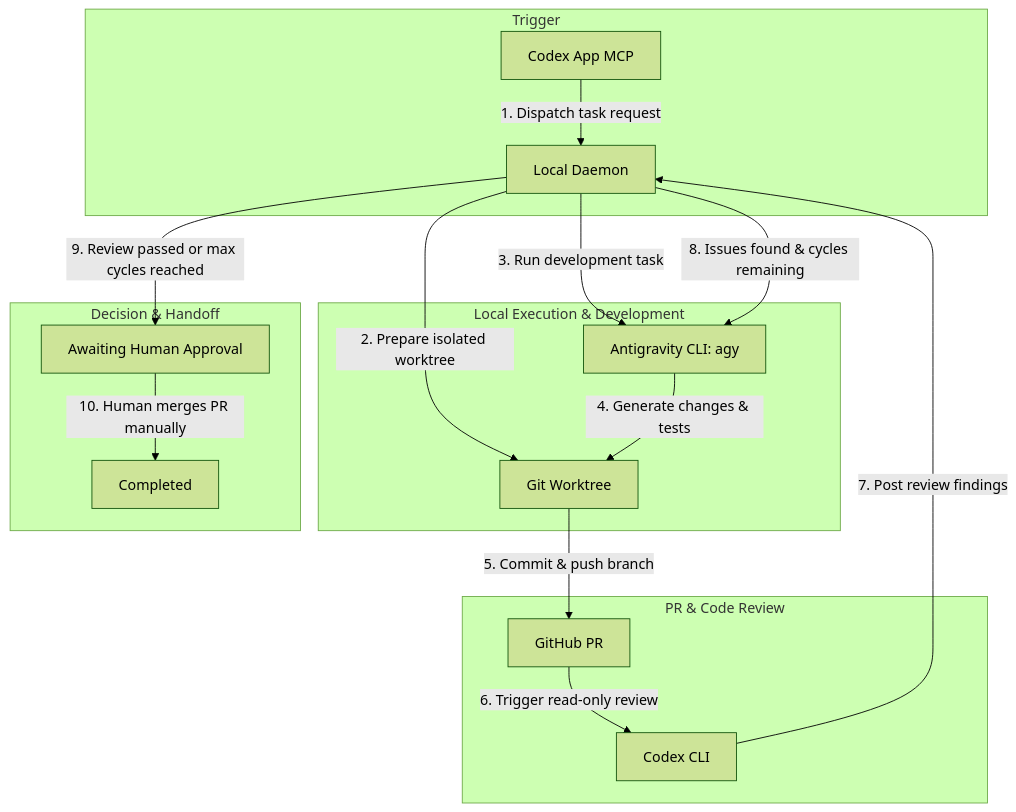
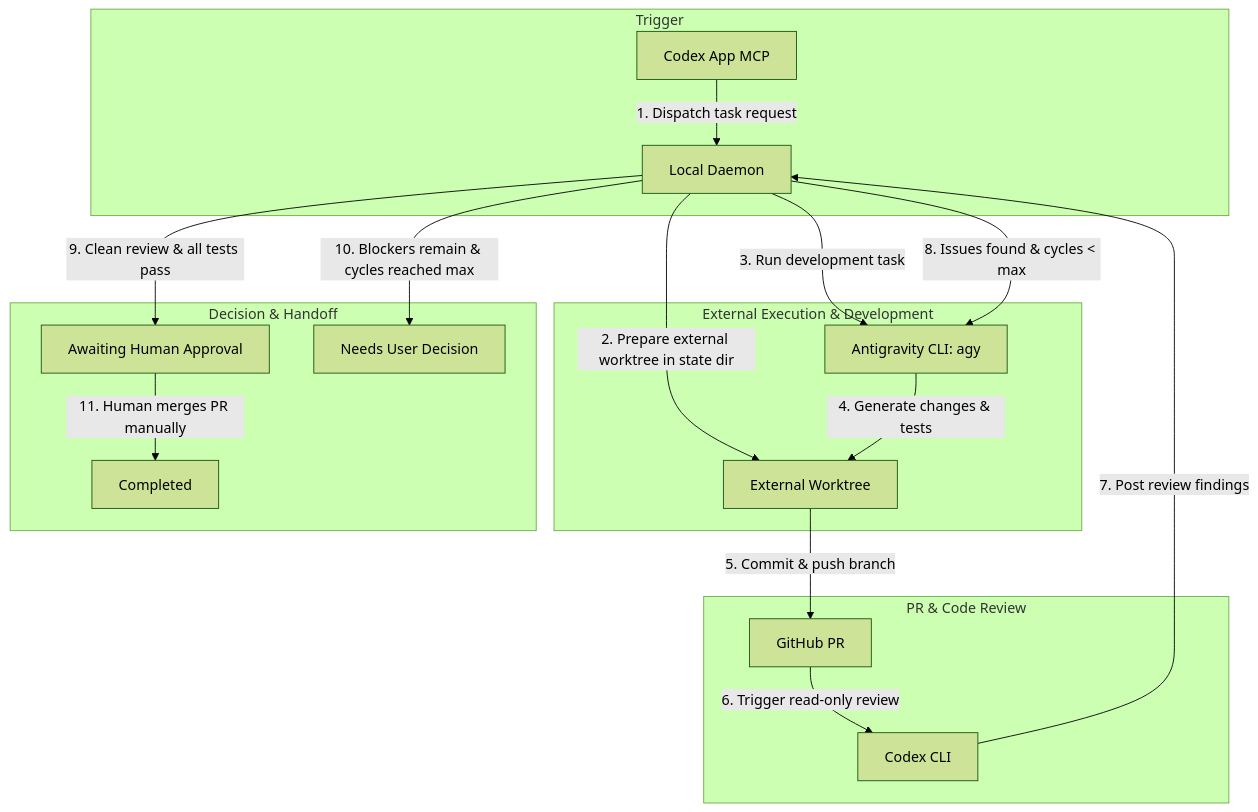
The diagram in README.md (echoleesong/codex-anti-orchestrator), drawn with Mermaid (forest theme) before and after one commit. The commit also changed other lines of this file and 7 other files, not shown here.

Commit message:
fix: resolve PR #1 review blockers (doctor, state machine, external worktrees)

````diff
--- a/README.md
+++ b/README.md
@@ -13,24 +13,25 @@
 ```mermaid
 flowchart TD
     subgraph Trigger
         A[Codex App MCP] -->|1. Dispatch task request| B[Local Daemon]
     end
 
-    subgraph Local Execution & Development
-        B -->|2. Prepare isolated worktree| C[Git Worktree]
+    subgraph External Execution & Development
+        B -->|2. Prepare external worktree in state dir| C[External Worktree]
         B -->|3. Run development task| D[Antigravity CLI: agy]
         D -->|4. Generate changes & tests| C
     end
 
     subgraph PR & Code Review
         C -->|5. Commit & push branch| E[GitHub PR]
         E -->|6. Trigger read-only review| F[Codex CLI]
         F -->|7. Post review findings| B
     end
 
     subgraph Decision & Handoff
-        B -->|8. Issues found & cycles remaining| D
-        B -->|9. Review passed or max cycles reached| G[Awaiting Human Approval]
-        G -->|10. Human merges PR manually| H[Completed]
+        B -->|8. Issues found & cycles < max| D
+        B -->|9. Clean review & all tests pass| G[Awaiting Human Approval]
+        B -->|10. Blockers remain & cycles reached max| H[Needs User Decision]
+        G -->|11. Human merges PR manually| I[Completed]
     end
 ```
````
